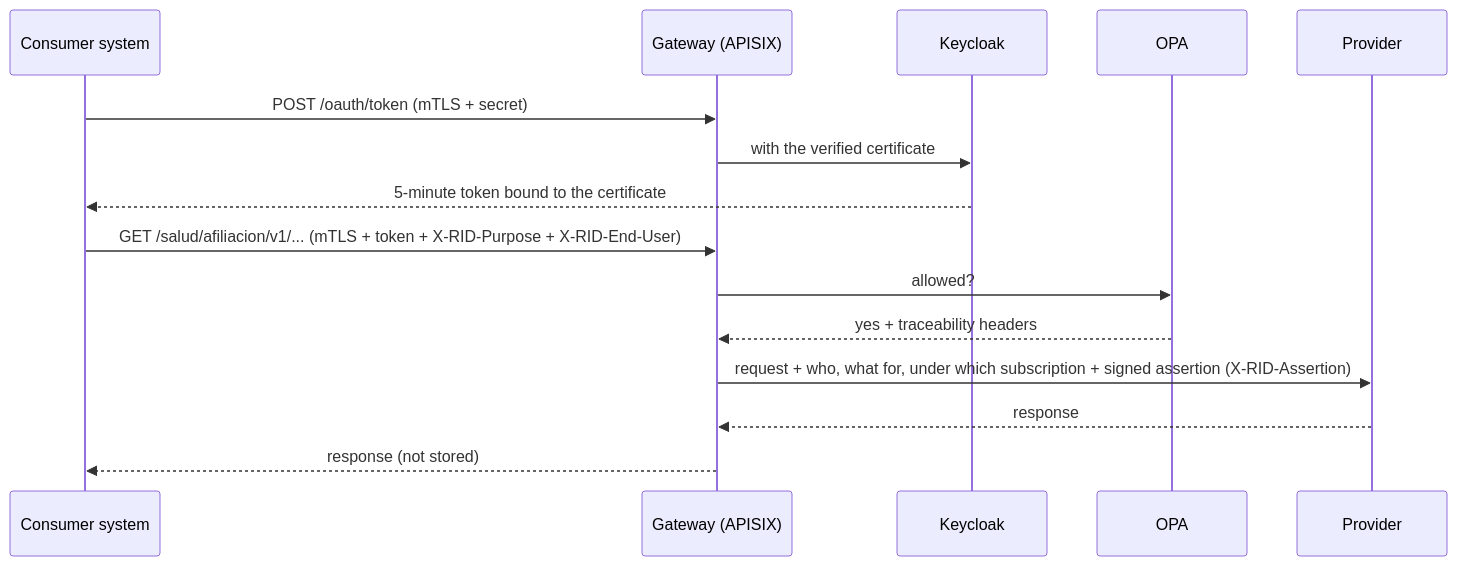
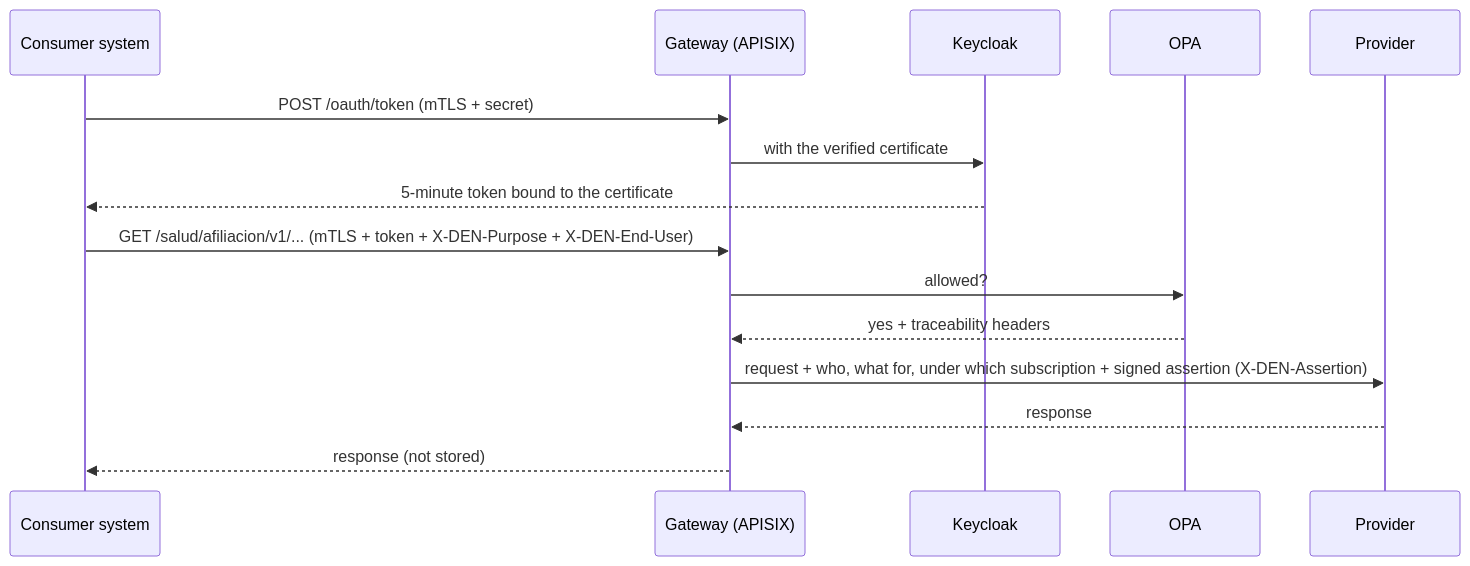
The third of 3 diagrams in docs/guides/operator.md (centre-for-dpi/data-exchange-admin-portal), drawn with Mermaid before and after one commit. The commit also changed other lines of this file and 541 other files, not shown here.

````diff
--- a/docs/guides/operator.md
+++ b/docs/guides/operator.md
@@ -179,17 +179,17 @@
 ```mermaid
 sequenceDiagram
   participant C as Consumer system
   participant GW as Gateway (APISIX)
   participant KC as Keycloak
   participant OPA as OPA
   participant P as Provider
   C->>GW: POST /oauth/token (mTLS + secret)
   GW->>KC: with the verified certificate
   KC-->>C: 5-minute token bound to the certificate
-  C->>GW: GET /salud/afiliacion/v1/... (mTLS + token + X-RID-Purpose + X-RID-End-User)
+  C->>GW: GET /salud/afiliacion/v1/... (mTLS + token + X-DEN-Purpose + X-DEN-End-User)
   GW->>OPA: allowed?
   OPA-->>GW: yes + traceability headers
-  GW->>P: request + who, what for, under which subscription + signed assertion (X-RID-Assertion)
+  GW->>P: request + who, what for, under which subscription + signed assertion (X-DEN-Assertion)
   P-->>GW: response
   GW-->>C: response (not stored)
 ```
````
